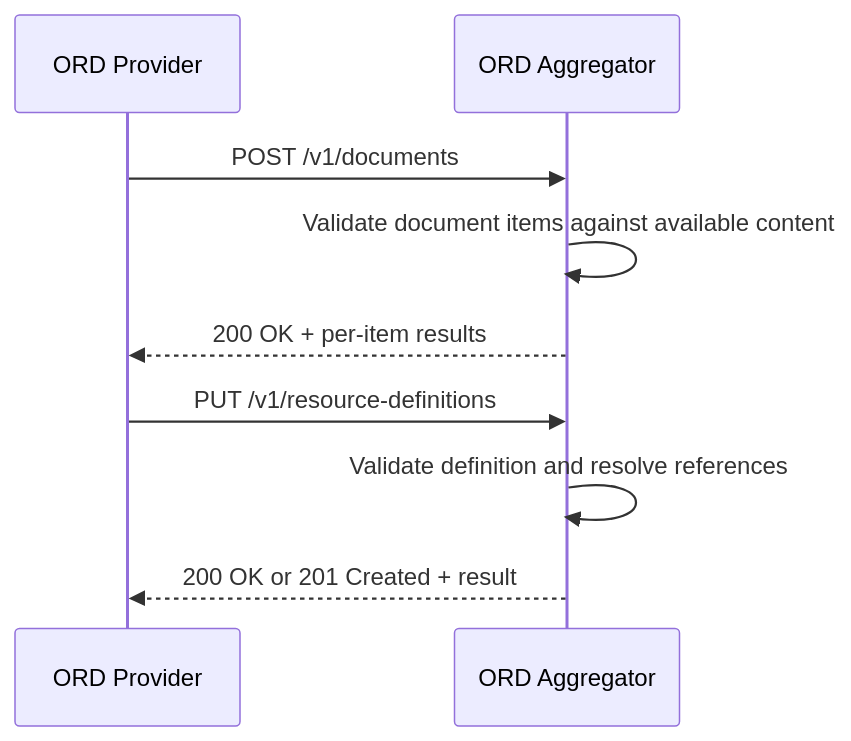
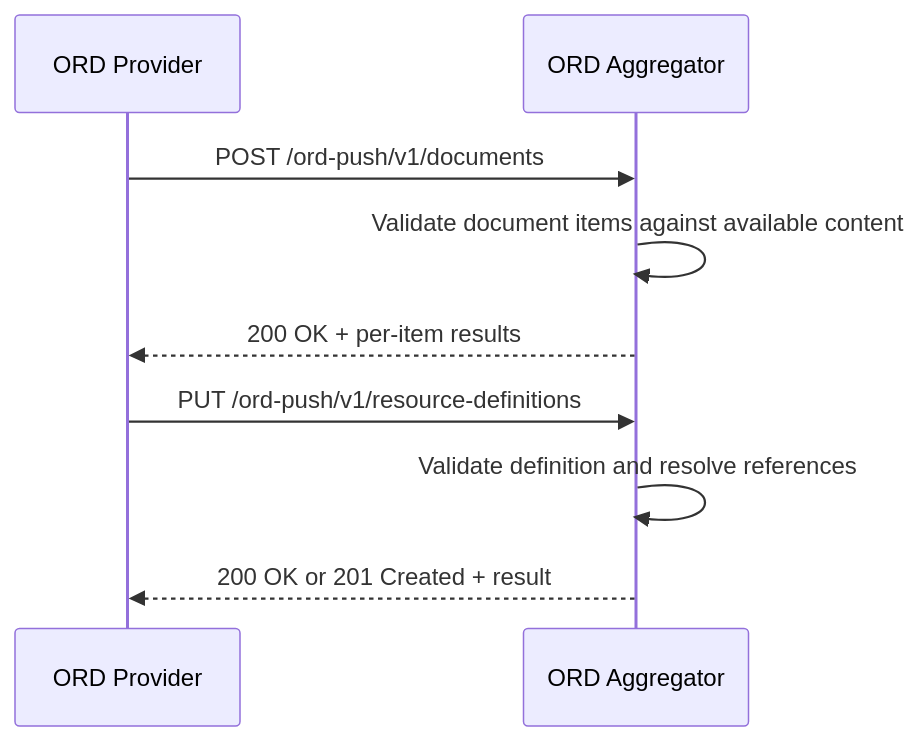
One commit to open-resource-discovery/specification changed the second of 2 diagrams in docs/spec-v1/index.md. Above: the diagram before and after it, drawn with Mermaid. The commit also changed other lines of this file and 8 other files, not shown here.

````diff
--- a/docs/spec-v1/index.md
+++ b/docs/spec-v1/index.md
@@ -371,12 +374,12 @@
 ```mermaid
 sequenceDiagram
     participant Provider as ORD Provider
     participant Aggregator as ORD Aggregator
 
-    Provider->>Aggregator: POST /v1/documents
+    Provider->>Aggregator: POST /ord-push/v1/documents
     Aggregator->>Aggregator: Validate document items against available content
     Aggregator-->>Provider: 200 OK + per-item results
-    Provider->>Aggregator: PUT /v1/resource-definitions
+    Provider->>Aggregator: PUT /ord-push/v1/resource-definitions
     Aggregator->>Aggregator: Validate definition and resolve references
     Aggregator-->>Provider: 200 OK or 201 Created + result
 ```
````
